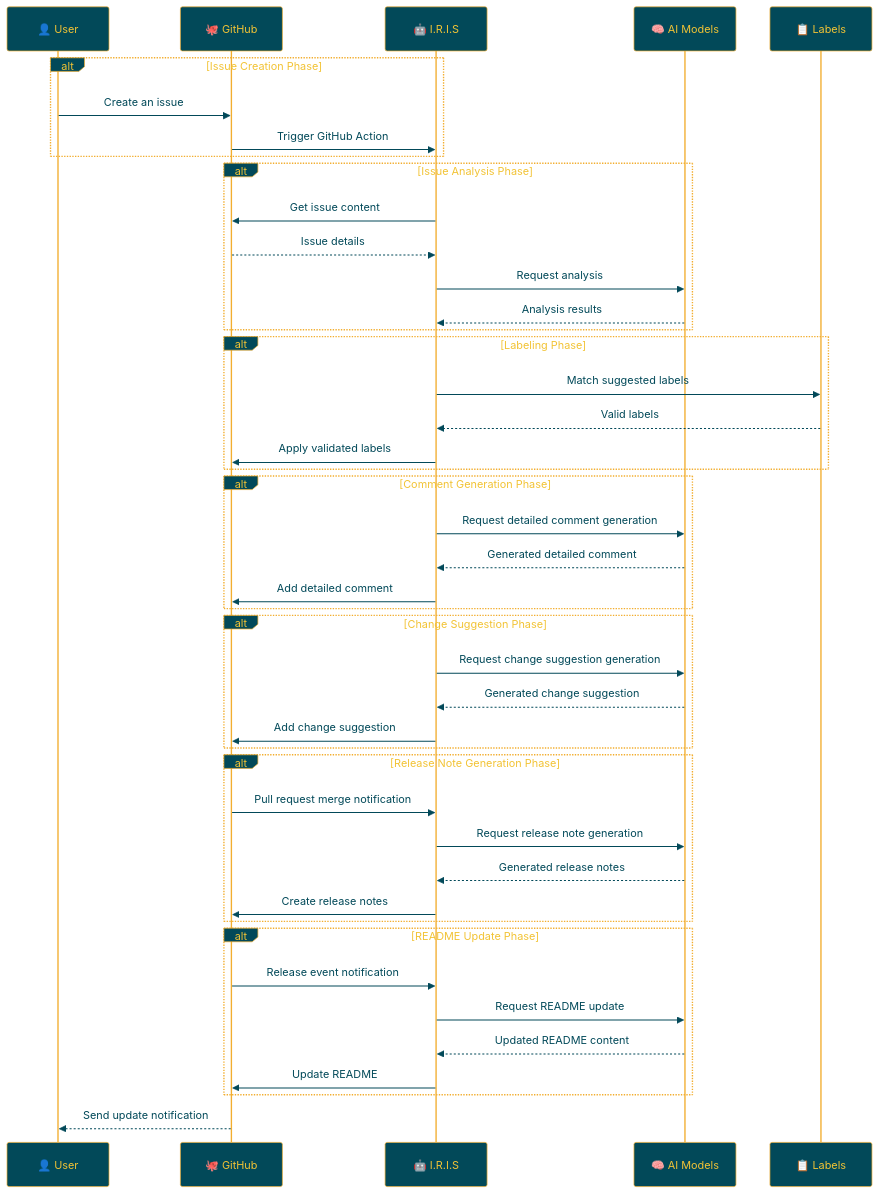
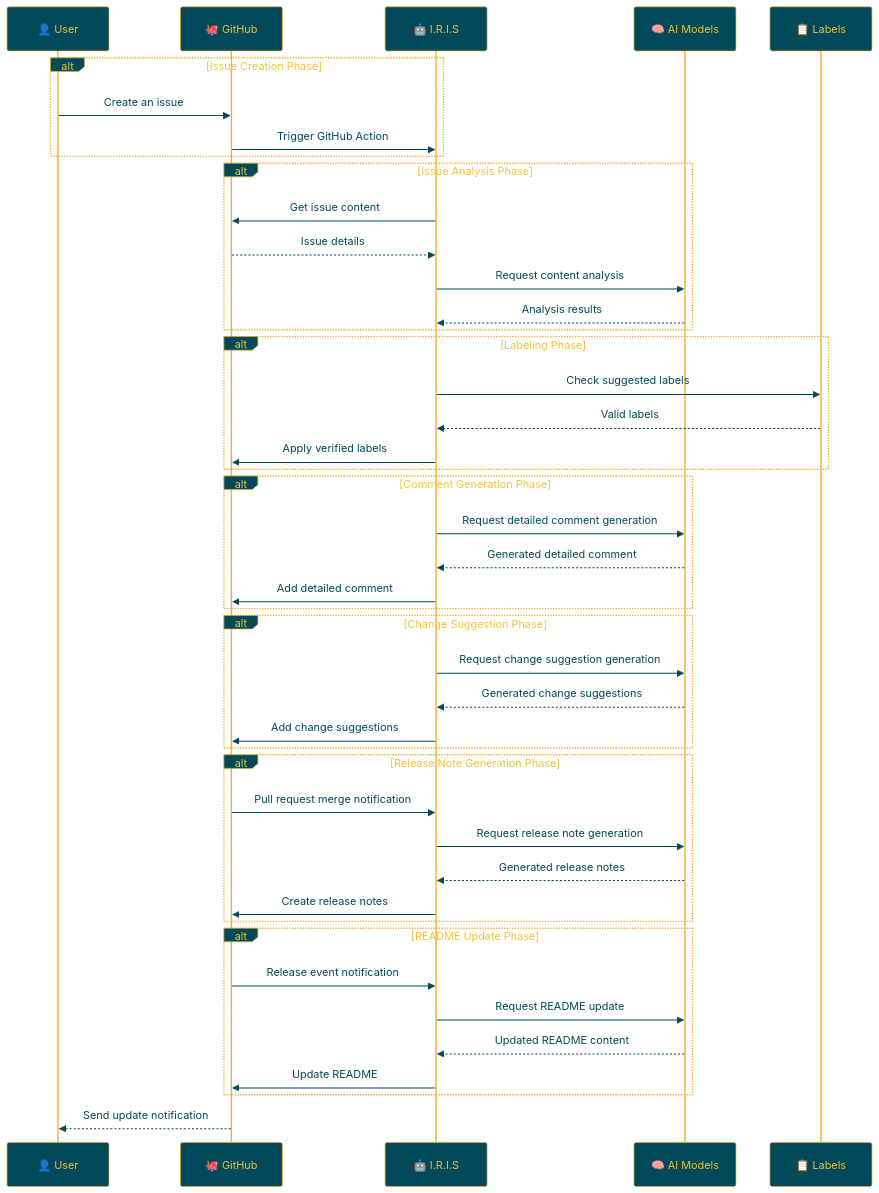
Before and after one commit to Sunwood-ai-labs/IRIS: the diagram in docs/README.en.md, drawn with Mermaid. The commit also changed other lines of this file, not shown here.

````diff
--- a/docs/README.en.md
+++ b/docs/README.en.md
@@ -132,56 +131,56 @@
 ```mermaid
 %%{init:{'theme':'base','themeVariables':{'primaryColor':'#024959','primaryTextColor':'#F2C335','primaryBorderColor':'#F2AE30','lineColor':'#A1A2A6','secondaryColor':'#593E25','tertiaryColor':'#F2C335','noteTextColor':'#024959','noteBkgColor':'#F2C335','textColor':'#024959','fontSize':'18px'}}}%%
 
 sequenceDiagram
     participant User as 👤 User
     participant GitHub as 🐙 GitHub
     participant IRIS as 🤖 I.R.I.S
     participant AI as 🧠 AI Models
     participant Labels as 📋 Labels
 
     alt Issue Creation Phase
         User->>GitHub: Create an issue
         GitHub->>IRIS: Trigger GitHub Action
     end
 
     alt Issue Analysis Phase
         IRIS->>GitHub: Get issue content
         GitHub-->>IRIS: Issue details
-        IRIS->>AI: Request analysis
+        IRIS->>AI: Request content analysis
         AI-->>IRIS: Analysis results
     end
 
     alt Labeling Phase
-        IRIS->>Labels: Match suggested labels
+        IRIS->>Labels: Check suggested labels
         Labels-->>IRIS: Valid labels
-        IRIS->>GitHub: Apply validated labels
+        IRIS->>GitHub: Apply verified labels
     end
 
     alt Comment Generation Phase
         IRIS->>AI: Request detailed comment generation
         AI-->>IRIS: Generated detailed comment
         IRIS->>GitHub: Add detailed comment
     end
 
     alt Change Suggestion Phase
         IRIS->>AI: Request change suggestion generation
-        AI-->>IRIS: Generated change suggestion
-        IRIS->>GitHub: Add change suggestion
+        AI-->>IRIS: Generated change suggestions
+        IRIS->>GitHub: Add change suggestions
     end
 
     alt Release Note Generation Phase
         GitHub->>IRIS: Pull request merge notification
         IRIS->>AI: Request release note generation
         AI-->>IRIS: Generated release notes
         IRIS->>GitHub: Create release notes
     end
 
     alt README Update Phase
         GitHub->>IRIS: Release event notification
         IRIS->>AI: Request README update
         AI-->>IRIS: Updated README content
         IRIS->>GitHub: Update README
     end
 
     GitHub-->>User: Send update notification
 ```
````
